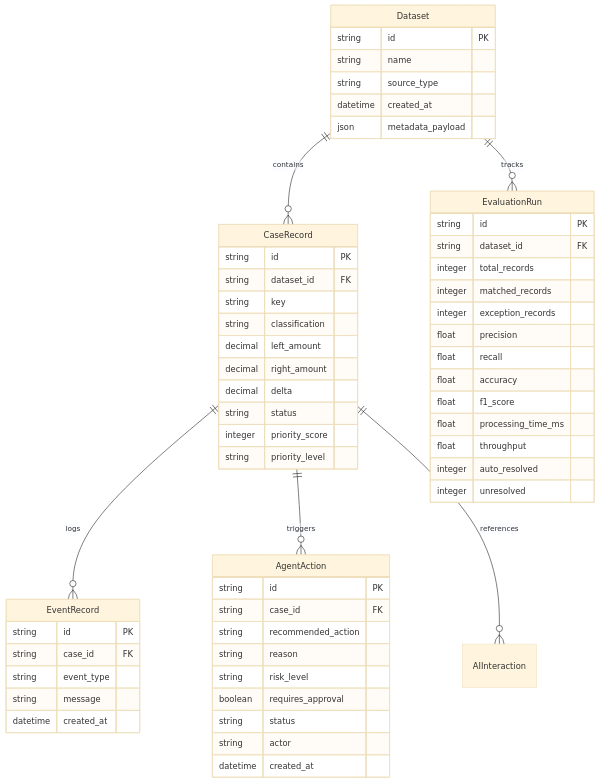
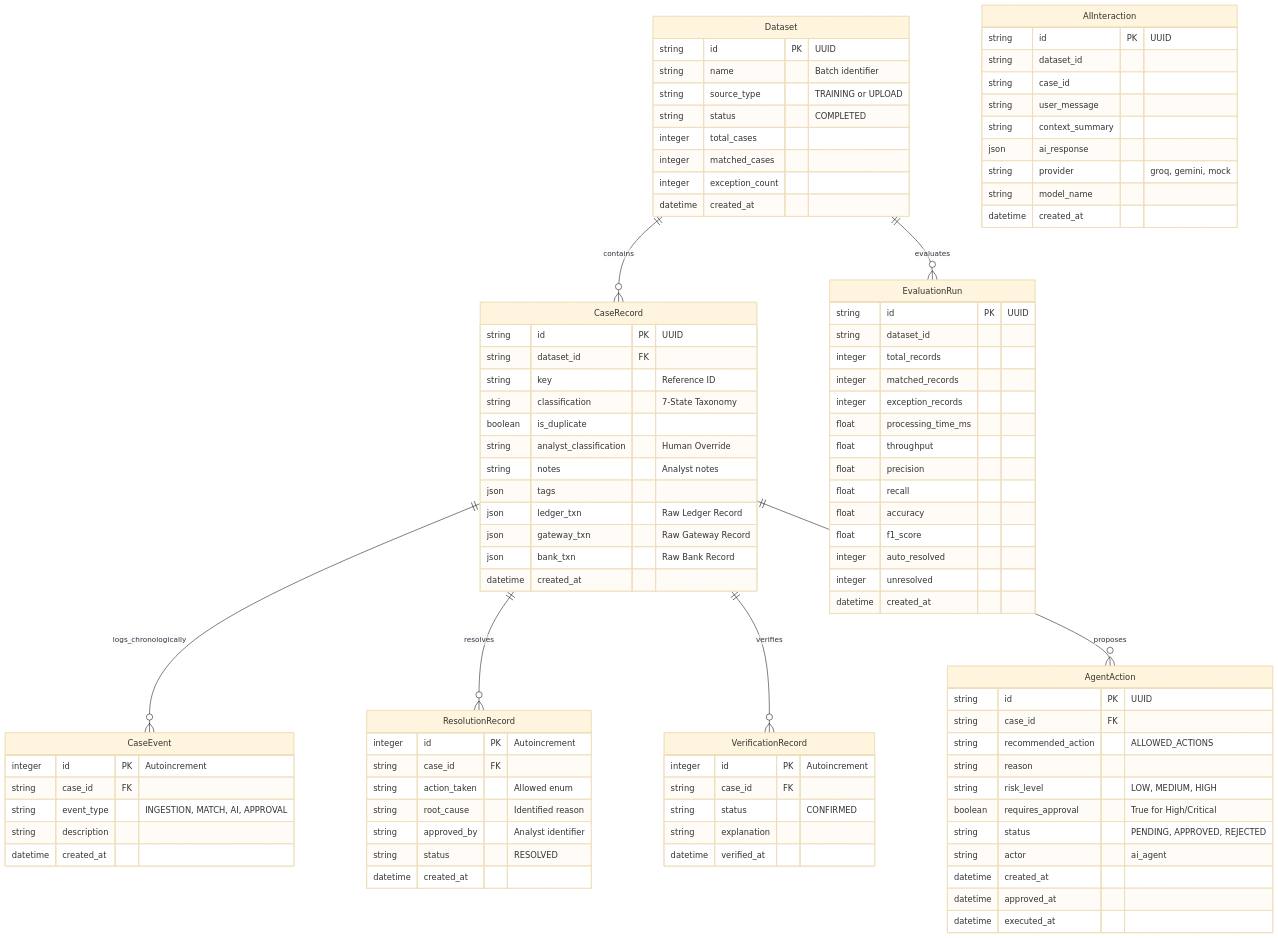
One commit to KandadiCharanTej/ExceptionOS changed the second of 2 diagrams in docs/ARCHITECTURE.md. Above: the diagram before and after it, drawn with Mermaid (base theme). The commit also changed other lines of this file and 3 other files, not shown here.

Commit message:
feat: add professional system architecture SVG, user flow diagram, and update technical specifications

````diff
--- a/docs/ARCHITECTURE.md
+++ b/docs/ARCHITECTURE.md
@@ -162,65 +196,104 @@
 ```mermaid
 erDiagram
     Dataset ||--o{ CaseRecord : contains
-    Dataset ||--o{ EvaluationRun : tracks
-    CaseRecord ||--o{ EventRecord : logs
-    CaseRecord ||--o{ AgentAction : triggers
-    CaseRecord ||--o{ AIInteraction : references
+    Dataset ||--o{ EvaluationRun : evaluates
+    CaseRecord ||--o{ CaseEvent : logs_chronologically
+    CaseRecord ||--o{ ResolutionRecord : resolves
+    CaseRecord ||--o{ VerificationRecord : verifies
+    CaseRecord ||--o{ AgentAction : proposes
 
     Dataset {
-        string id PK
-        string name
-        string source_type
+        string id PK "UUID"
+        string name "Batch identifier"
+        string source_type "TRAINING or UPLOAD"
+        string status "COMPLETED"
+        integer total_cases
+        integer matched_cases
+        integer exception_count
         datetime created_at
-        json metadata_payload
     }
 
     CaseRecord {
-        string id PK
+        string id PK "UUID"
         string dataset_id FK
-        string key
-        string classification
-        decimal left_amount
-        decimal right_amount
-        decimal delta
-        string status
-        integer priority_score
-        string priority_level
+        string key "Reference ID"
+        string classification "7-State Taxonomy"
+        boolean is_duplicate
+        string analyst_classification "Human Override"
+        string notes "Analyst notes"
+        json tags
+        json ledger_txn "Raw Ledger Record"
+        json gateway_txn "Raw Gateway Record"
+        json bank_txn "Raw Bank Record"
+        datetime created_at
+    }
+
+    CaseEvent {
+        integer id PK "Autoincrement"
+        string case_id FK
+        string event_type "INGESTION, MATCH, AI, APPROVAL"
+        string description
+        datetime created_at
+    }
+
+    ResolutionRecord {
+        integer id PK "Autoincrement"
+        string case_id FK
+        string action_taken "Allowed enum"
+        string root_cause "Identified reason"
+        string approved_by "Analyst identifier"
+        string status "RESOLVED"
+        datetime created_at
+    }
+
+    VerificationRecord {
+        integer id PK "Autoincrement"
+        string case_id FK
+        string status "CONFIRMED"
+        string explanation
+        datetime verified_at
     }
 
     AgentAction {
-        string id PK
+        string id PK "UUID"
         string case_id FK
-        string recommended_action
+        string recommended_action "ALLOWED_ACTIONS"
         string reason
-        string risk_level
-        boolean requires_approval
-        string status
-        string actor
+        string risk_level "LOW, MEDIUM, HIGH"
+        boolean requires_approval "True for High/Critical"
+        string status "PENDING, APPROVED, REJECTED"
+        string actor "ai_agent"
         datetime created_at
+        datetime approved_at
+        datetime executed_at
     }
 
-    EventRecord {
-        string id PK
-        string case_id FK
-        string event_type
-        string message
+    AIInteraction {
+        string id PK "UUID"
+        string dataset_id
+        string case_id
+        string user_message
+        string context_summary
+        json ai_response
+        string provider "groq, gemini, mock"
+        string model_name
         datetime created_at
     }
 
     EvaluationRun {
-        string id PK
-        string dataset_id FK
+        string id PK "UUID"
+        string dataset_id
         integer total_records
         integer matched_records
         integer exception_records
+        float processing_time_ms
+        float throughput
         float precision
         float recall
         float accuracy
         float f1_score
-        float processing_time_ms
-        float throughput
         integer auto_resolved
         integer unresolved
+        datetime created_at
     }
 ```
````
